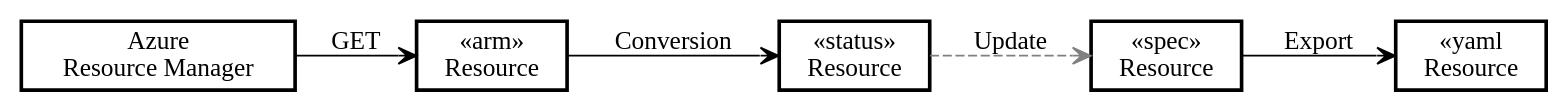
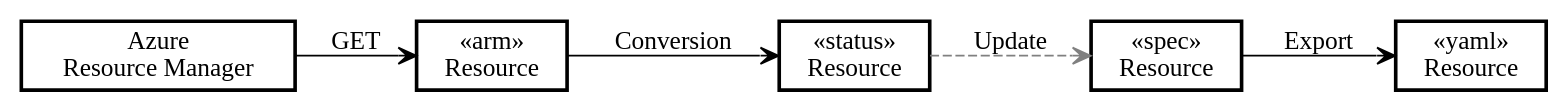
Before and after one commit to Azure/azure-service-operator: the diagram in docs/hugo/content/design/images/adr-2022-11-import-flow.dot, drawn with Graphviz. The commit also changed 2 other files, not shown here.

```diff
--- a/docs/hugo/content/design/images/adr-2022-11-import-flow.dot
+++ b/docs/hugo/content/design/images/adr-2022-11-import-flow.dot
@@ -1,22 +1,22 @@
 graph {
     nodesep="1"
     rankdir = LR;
 
     node [shape=rect, penwidth=2]
     arm [label="Azure\nResource Manager"]
 
     rsrc_arm [label="«arm»\nResource"]
     
     rsrc_spec [label="«spec»\nResource"]
     rsrc_status [label="«status»\nResource"]
-    rsrc_yaml [label="«yaml\nResource"]
+    rsrc_yaml [label="«yaml»\nResource"]
 
     edge [arrowhead=vee, arrowtail=vee, dir=forward]
 
     arm -- rsrc_arm  [label="GET", arrowhead=vee]
     rsrc_arm -- rsrc_status [label="Conversion", arrowhead=vee]
     rsrc_spec -- rsrc_yaml [label="Export", arrowhead=vee]
     
     edge [style=dashed, color=gray]
     rsrc_status -- rsrc_spec [label="Update", arrowhead=vee]
 }
```
